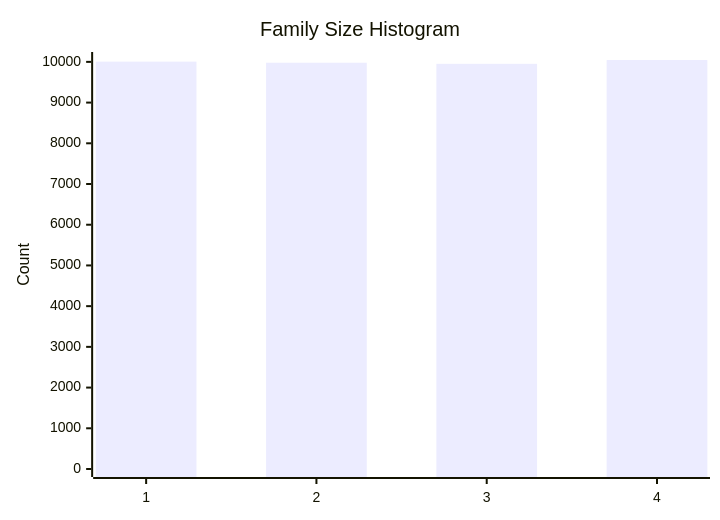
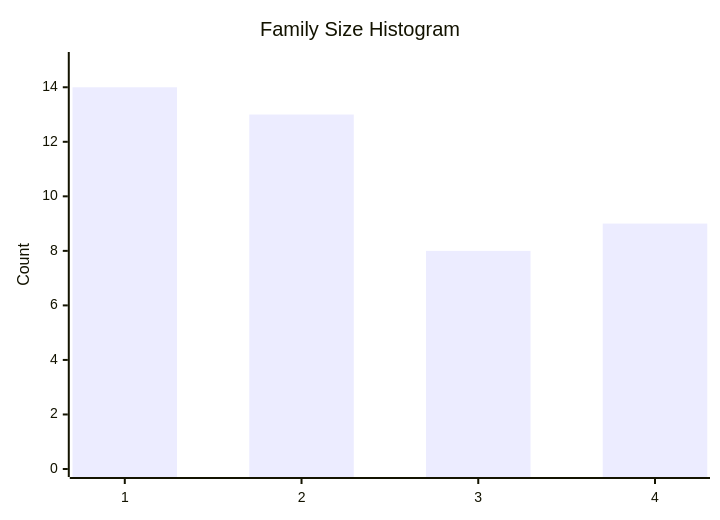
Before and after one commit to dhagan-va/intern-2025: the fifth of 10 diagrams in test-tools/DataGen/src/Statistics_Visualizer.md, drawn with Mermaid. The commit also changed other lines of this file and 6 other files, not shown here.

````diff
--- a/test-tools/DataGen/src/Statistics_Visualizer.md
+++ b/test-tools/DataGen/src/Statistics_Visualizer.md
@@ -58,7 +58,7 @@
 ```mermaid
 xychart-beta
     title "Family Size Histogram"
     x-axis ["1", "2", "3", "4"]
-    y-axis "Count" 0 --> 10046
-    bar [10006, 9979, 9952, 10045]
+    y-axis "Count" 0 --> 15
+    bar [14, 13, 8, 9]
 ```
````
